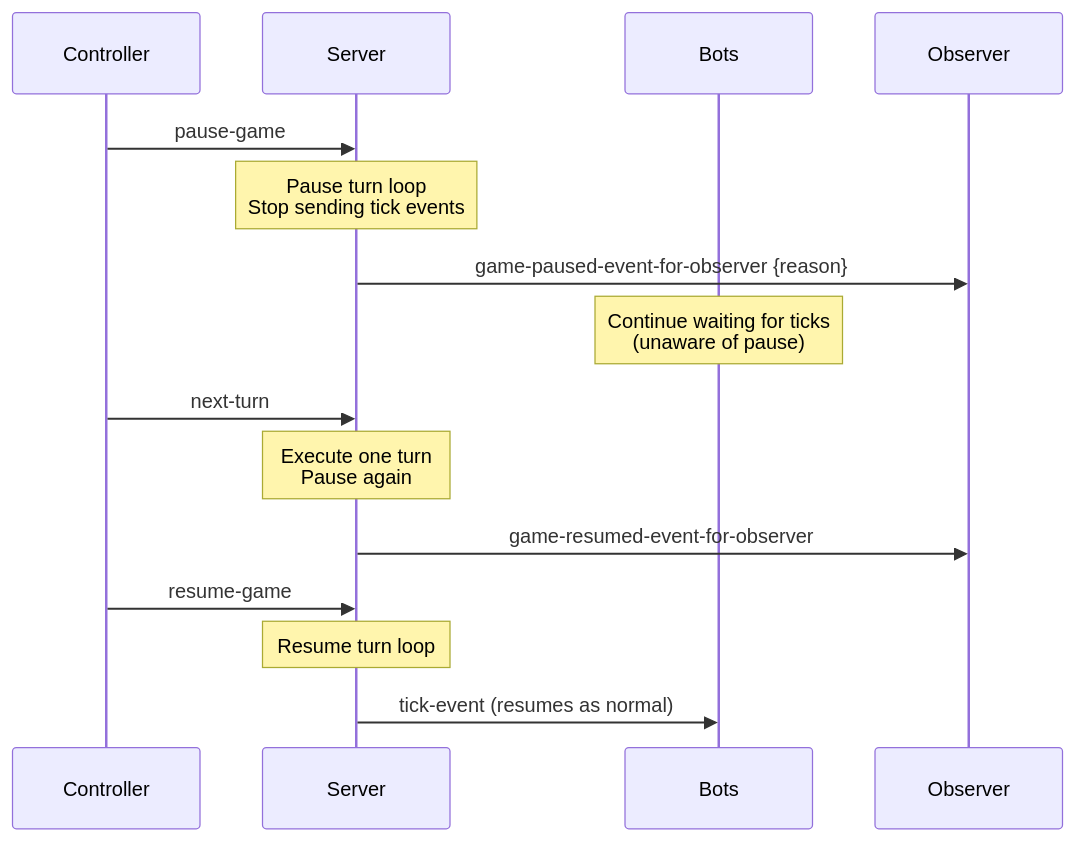
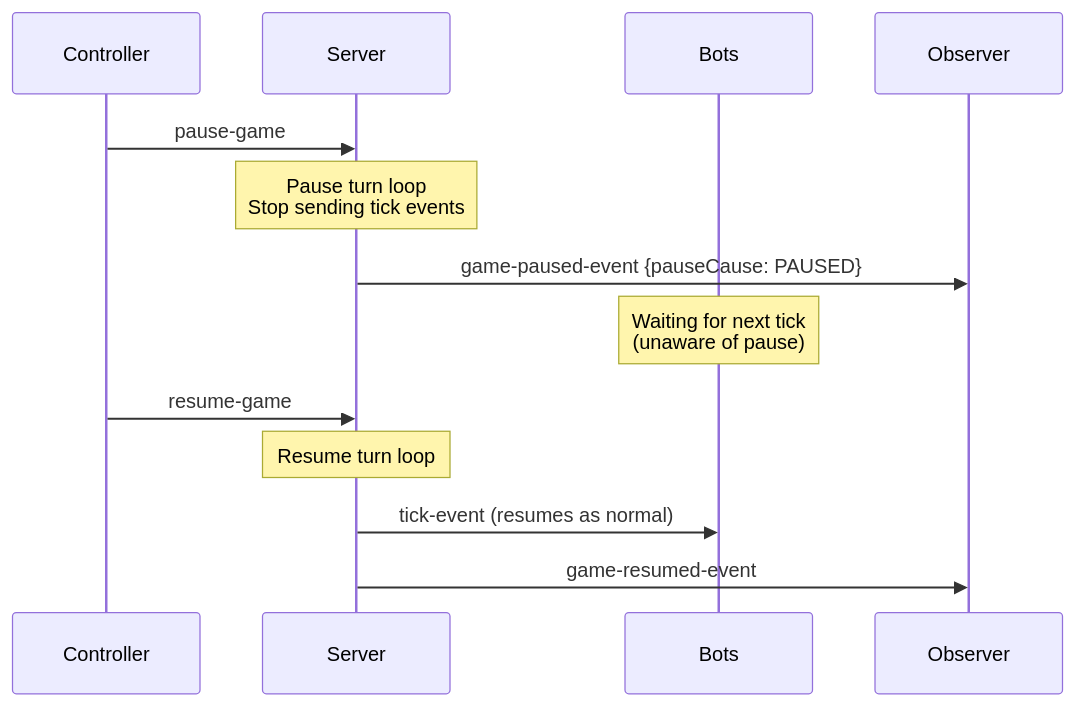
The fifth of 11 diagrams in docs-internal/architecture/models/flows/battle-lifecycle.md (robocode-dev/tank-royale), drawn with Mermaid before and after one commit. The commit also changed other lines of this file and 5 other files, not shown here.

First line of the commit message:
docs(internal): update sequence diagrams for v0.40.x and issue #202 fixes

````diff
--- a/docs-internal/architecture/models/flows/battle-lifecycle.md
+++ b/docs-internal/architecture/models/flows/battle-lifecycle.md
@@ -284,26 +298,21 @@
 ```mermaid
 sequenceDiagram
     participant Controller
     participant Server
     participant Bots
     participant Observer
     
     Controller->>Server: pause-game
     
     Note over Server: Pause turn loop<br/>Stop sending tick events
     
-    Server->>Observer: game-paused-event-for-observer {reason}
+    Server->>Observer: game-paused-event {pauseCause: PAUSED}
     
-    Note over Bots: Continue waiting for ticks<br/>(unaware of pause)
-    
-    Controller->>Server: next-turn
-    
-    Note over Server: Execute one turn<br/>Pause again
-    
-    Server->>Observer: game-resumed-event-for-observer
+    Note over Bots: Waiting for next tick<br/>(unaware of pause)
     
     Controller->>Server: resume-game
     
     Note over Server: Resume turn loop
     Server->>Bots: tick-event (resumes as normal)
+    Server->>Observer: game-resumed-event
 ```
````
